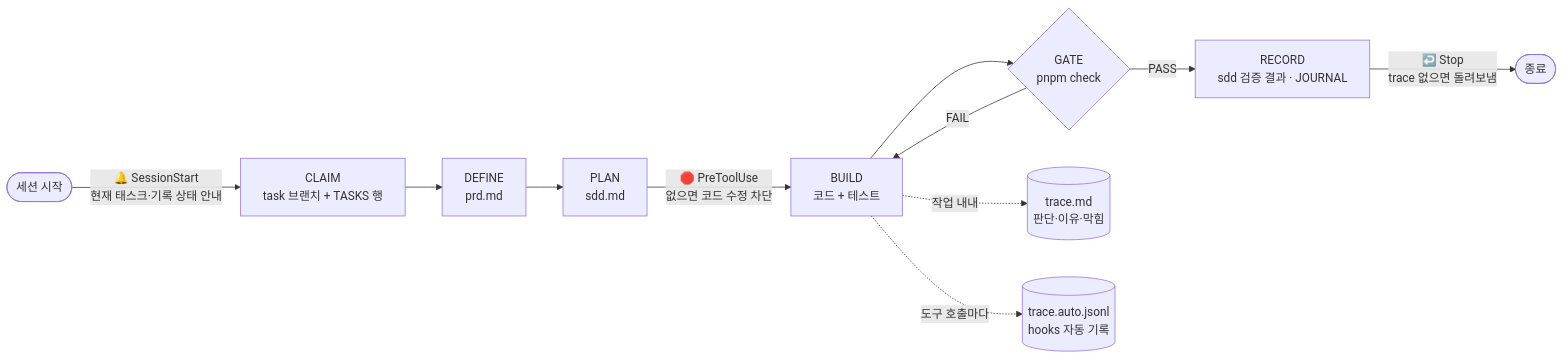
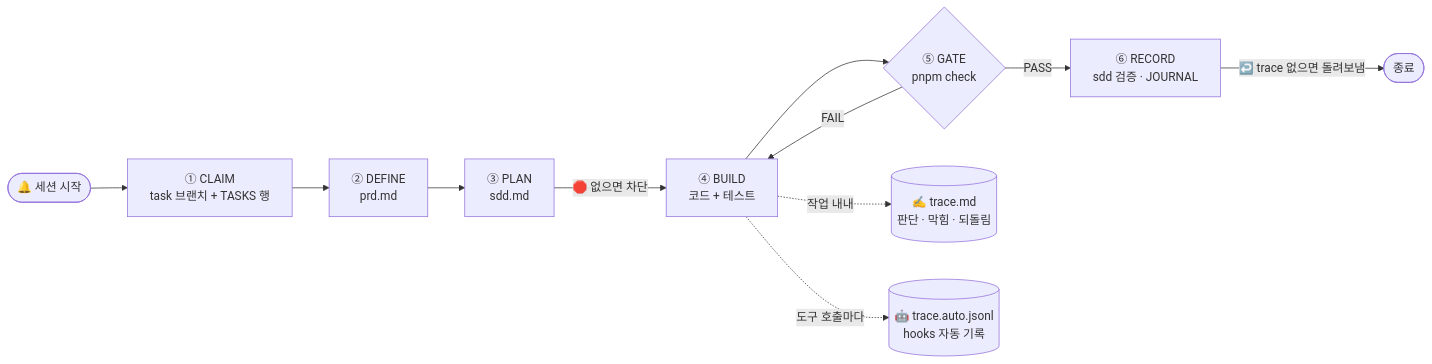
One commit to kyungchan3007/Harness changed the first of 2 diagrams in README.md. Above: the diagram before and after it, drawn with Mermaid. The commit also changed other lines of this file and 10 other files, not shown here.

````diff
--- a/README.md
+++ b/README.md
@@ -24,14 +99,14 @@
 ```mermaid
 flowchart LR
-    S([세션 시작]) -->|🔔 SessionStart<br/>현재 태스크·기록 상태 안내| C[CLAIM<br/>task 브랜치 + TASKS 행]
-    C --> D[DEFINE<br/>prd.md]
-    D --> P[PLAN<br/>sdd.md]
-    P -->|🛑 PreToolUse<br/>없으면 코드 수정 차단| B[BUILD<br/>코드 + 테스트]
-    B --> G{GATE<br/>pnpm check}
+    S([🔔 세션 시작]) --> C["① CLAIM<br/>task 브랜치 + TASKS 행"]
+    C --> D["② DEFINE<br/>prd.md"]
+    D --> P["③ PLAN<br/>sdd.md"]
+    P -->|"🛑 없으면 차단"| B["④ BUILD<br/>코드 + 테스트"]
+    B --> G{"⑤ GATE<br/>pnpm check"}
     G -->|FAIL| B
-    G -->|PASS| R[RECORD<br/>sdd 검증 결과 · JOURNAL]
-    R -->|↩️ Stop<br/>trace 없으면 돌려보냄| E([종료])
+    G -->|PASS| R["⑥ RECORD<br/>sdd 검증 · JOURNAL"]
+    R -->|"↩️ trace 없으면 돌려보냄"| E([종료])
 
-    B -. 작업 내내 .-> T[(trace.md<br/>판단·이유·막힘)]
-    B -. 도구 호출마다 .-> A[(trace.auto.jsonl<br/>hooks 자동 기록)]
+    B -. 작업 내내 .-> T[("✍️ trace.md<br/>판단 · 막힘 · 되돌림")]
+    B -. 도구 호출마다 .-> A[("🤖 trace.auto.jsonl<br/>hooks 자동 기록")]
 ```
````
